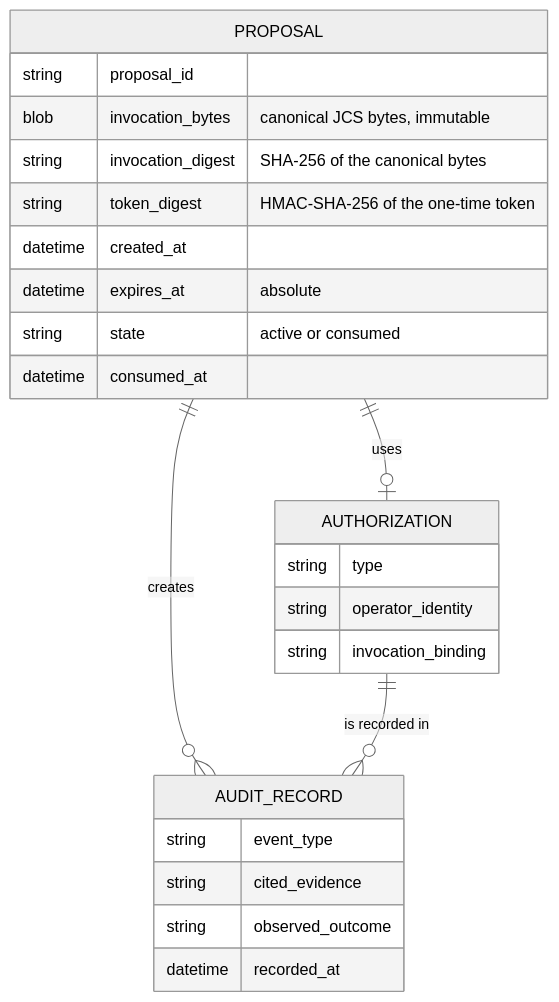
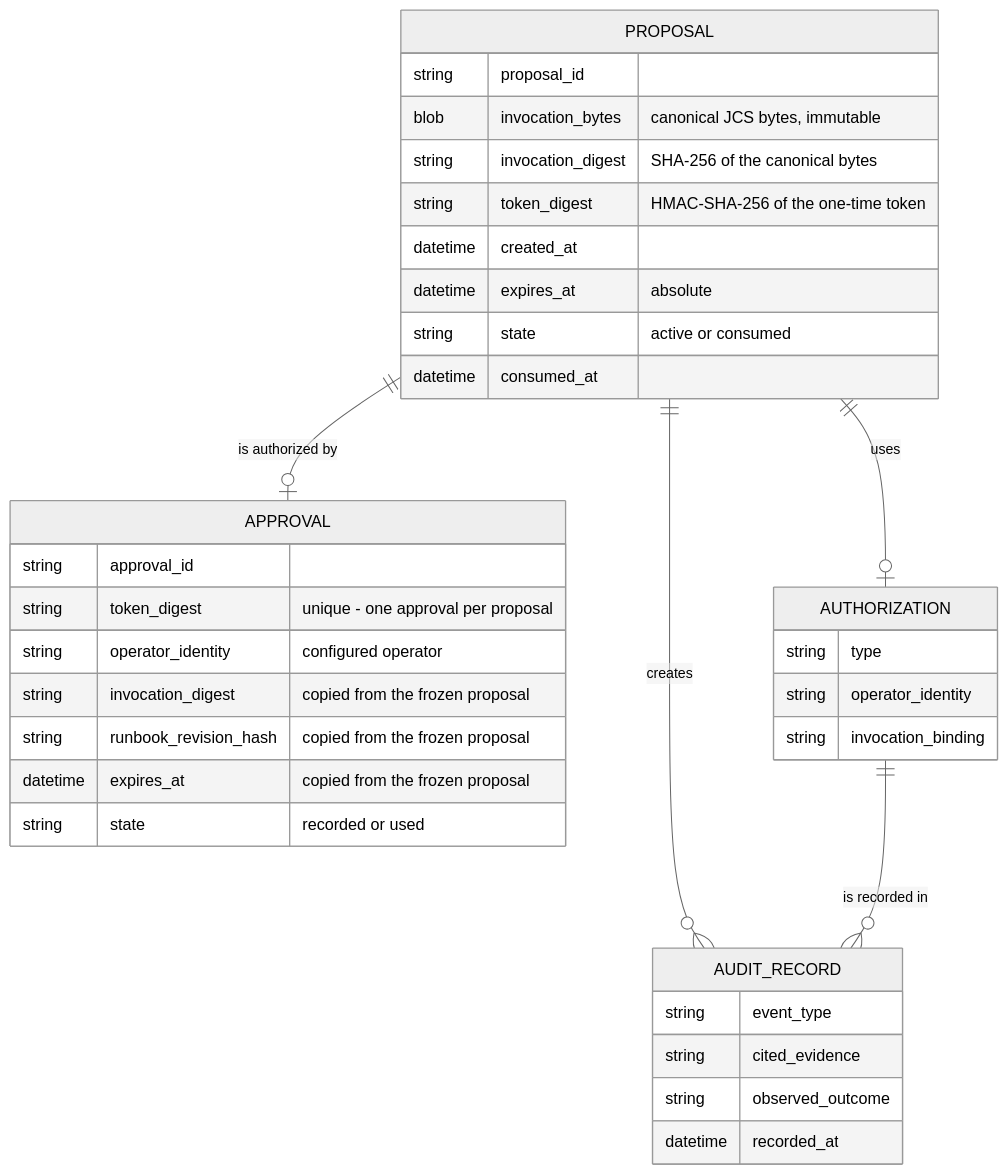
Before and after one commit to alanfong93/ops-guard: the second of 2 diagrams in docs/architecture.md, drawn with Mermaid (neutral theme). The commit also changed other lines of this file and 7 other files, not shown here.

First line of the commit message:
feat: proposal-bound approval verifier (#12)

````diff
--- a/docs/architecture.md
+++ b/docs/architecture.md
@@ -28,27 +28,37 @@
 ```mermaid
 erDiagram
+    PROPOSAL ||--o| APPROVAL : "is authorized by"
     PROPOSAL ||--o| AUTHORIZATION : "uses"
     PROPOSAL ||--o{ AUDIT_RECORD : "creates"
     AUTHORIZATION ||--o{ AUDIT_RECORD : "is recorded in"
     PROPOSAL {
         string proposal_id
         blob invocation_bytes "canonical JCS bytes, immutable"
         string invocation_digest "SHA-256 of the canonical bytes"
         string token_digest "HMAC-SHA-256 of the one-time token"
         datetime created_at
         datetime expires_at "absolute"
         string state "active or consumed"
         datetime consumed_at
     }
+    APPROVAL {
+        string approval_id
+        string token_digest "unique - one approval per proposal"
+        string operator_identity "configured operator"
+        string invocation_digest "copied from the frozen proposal"
+        string runbook_revision_hash "copied from the frozen proposal"
+        datetime expires_at "copied from the frozen proposal"
+        string state "recorded or used"
+    }
     AUTHORIZATION {
         string type
         string operator_identity
         string invocation_binding
     }
     AUDIT_RECORD {
         string event_type
         string cited_evidence
         string observed_outcome
         datetime recorded_at
     }
 ```
````
